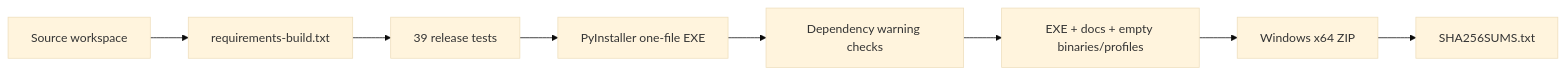
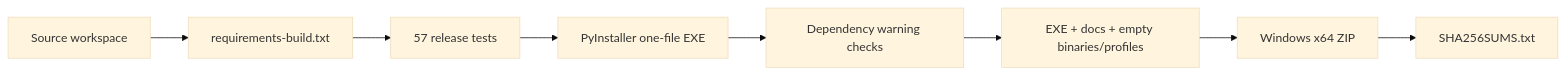
The fourth of 4 diagrams in docs/ARCHITECTURE.md (thuctran63/cloakbrowser-profile-manager), drawn with Mermaid (base theme) before and after one commit. The commit also changed other lines of this file and 3 other files, not shown here.

````diff
--- a/docs/ARCHITECTURE.md
+++ b/docs/ARCHITECTURE.md
@@ -278,10 +276,10 @@
 ```mermaid
 flowchart LR
     Source[Source workspace] --> Deps[requirements-build.txt]
-    Deps --> Tests[39 release tests]
+    Deps --> Tests[57 release tests]
     Tests --> PI[PyInstaller one-file EXE]
     PI --> Check[Dependency warning checks]
     Check --> Stage[EXE + docs + empty binaries/profiles]
     Stage --> Zip[Windows x64 ZIP]
     Zip --> Hash[SHA256SUMS.txt]
 ```
````
